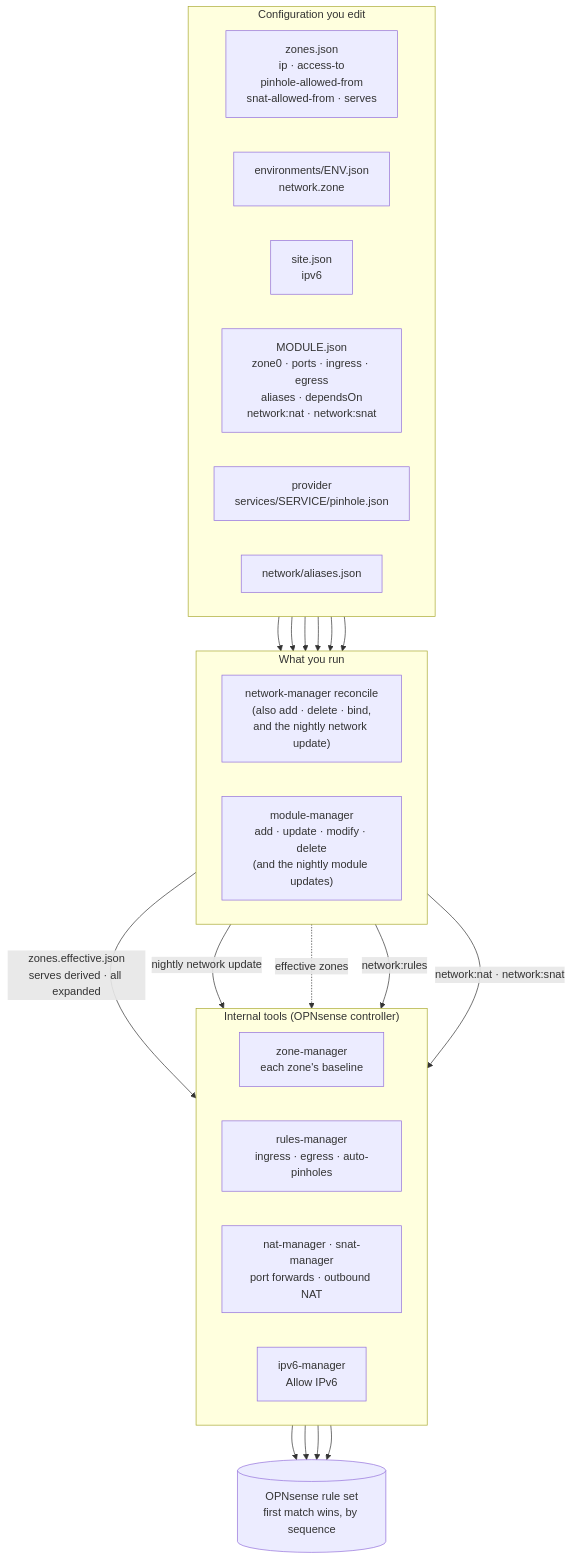
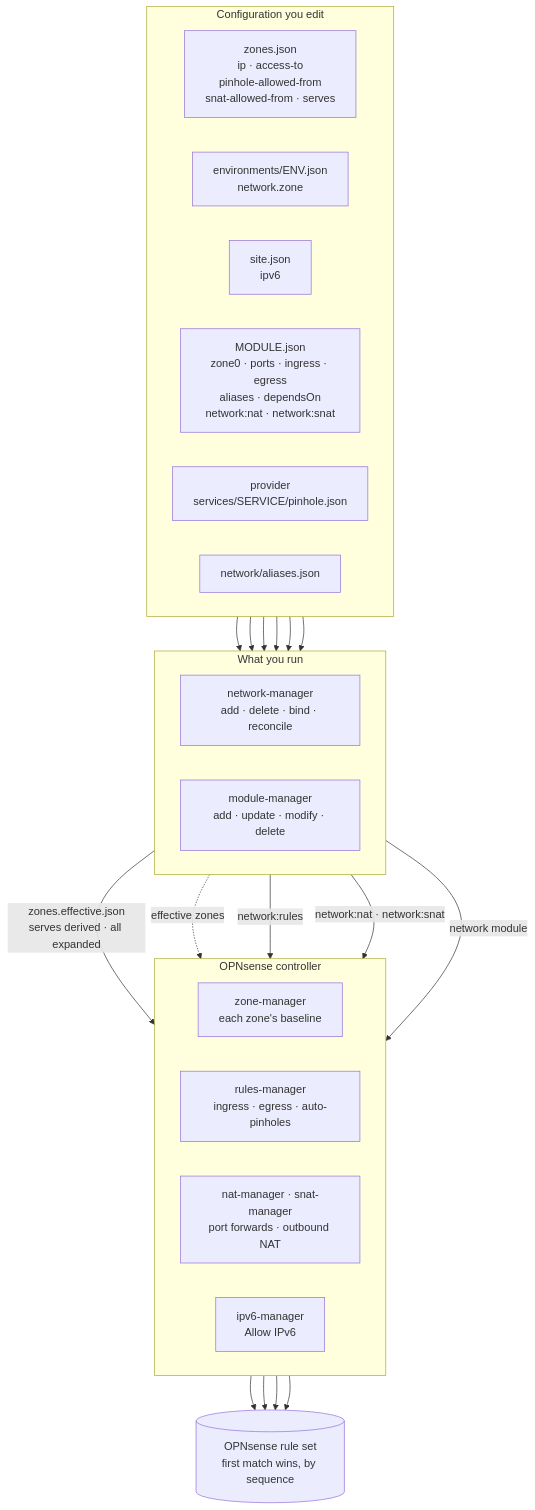
One commit to TAPPaaS/TAPPaaS changed the diagram in src/foundation/tappaas-cicd/manager/network-manager/FIREWALL-RULES.md. Above: the diagram before and after it, drawn with Mermaid. The commit also changed other lines of this file and 1 other file, not shown here.

First line of the commit message:
docs(network): ZONES.md is the zone model only; rules via the controller

````diff
--- a/src/foundation/tappaas-cicd/manager/network-manager/FIREWALL-RULES.md
+++ b/src/foundation/tappaas-cicd/manager/network-manager/FIREWALL-RULES.md
@@ -108,44 +118,44 @@
 ```mermaid
 flowchart TD
     subgraph CFG["Configuration you edit"]
         direction LR
         Z["zones.json<br/>ip · access-to<br/>pinhole-allowed-from<br/>snat-allowed-from · serves"]
         E["environments/ENV.json<br/>network.zone"]
         S["site.json<br/>ipv6"]
         M["MODULE.json<br/>zone0 · ports · ingress · egress<br/>aliases · dependsOn<br/>network:nat · network:snat"]
         P["provider<br/>services/SERVICE/pinhole.json"]
         A["network/aliases.json"]
     end
 
     subgraph RUN["What you run"]
         direction LR
-        NM["network-manager reconcile<br/>(also add · delete · bind,<br/>and the nightly network update)"]
-        MM["module-manager<br/>add · update · modify · delete<br/>(and the nightly module updates)"]
+        NM["network-manager<br/>add · delete · bind · reconcile"]
+        MM["module-manager<br/>add · update · modify · delete"]
     end
 
-    subgraph CTL["Internal tools (OPNsense controller)"]
+    subgraph CTL["OPNsense controller"]
         direction LR
         ZM["zone-manager<br/>each zone's baseline"]
         RM["rules-manager<br/>ingress · egress · auto-pinholes"]
         NAT["nat-manager · snat-manager<br/>port forwards · outbound NAT"]
         V6["ipv6-manager<br/>Allow IPv6"]
     end
 
     FW[("OPNsense rule set<br/>first match wins, by sequence")]
 
     Z --> NM
     E --> NM
-    S --> NM
+    S --> MM
     M --> MM
     P --> MM
     A --> MM
     NM -- "zones.effective.json<br/>serves derived · all expanded" --> ZM
-    NM -- "nightly network update" --> V6
     NM -. "effective zones" .-> RM
     MM -- "network:rules" --> RM
     MM -- "network:nat · network:snat" --> NAT
+    MM -- "network module" --> V6
     ZM --> FW
     RM --> FW
     NAT --> FW
     V6 --> FW
 ```
````
